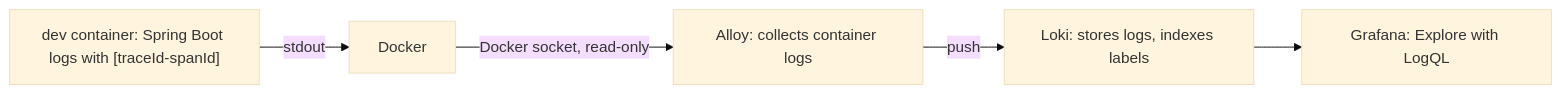
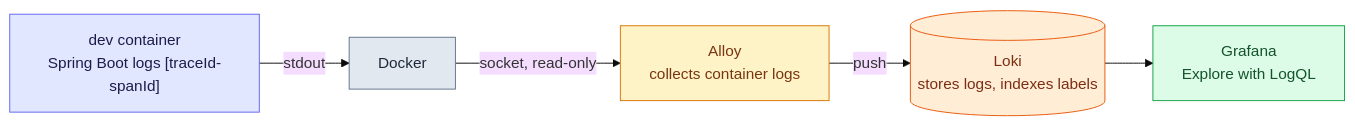
The third of 3 diagrams in content/notes/spring-boot-system-design/03-observability/overview.md (Sriram-Karthick-k/progress-tracker), drawn with Mermaid (base theme) before and after one commit. The commit also changed other lines of this file and 18 other files, not shown here.

````diff
--- a/content/notes/spring-boot-system-design/03-observability/overview.md
+++ b/content/notes/spring-boot-system-design/03-observability/overview.md
@@ -25,7 +72,12 @@
 ```mermaid
 flowchart LR
-  A["dev container: Spring Boot logs with [traceId-spanId]"] -->|stdout| B["Docker"]
-  B -->|"Docker socket, read-only"| C["Alloy: collects container logs"]
-  C -->|push| D["Loki: stores logs, indexes labels"]
-  D --> E["Grafana: Explore with LogQL"]
+  A["dev container<br/>Spring Boot logs [traceId-spanId]"]:::app -->|stdout| B["Docker"]:::infra
+  B -->|socket, read-only| C["Alloy<br/>collects container logs"]:::col
+  C -->|push| D[("Loki<br/>stores logs, indexes labels")]:::store
+  D --> E["Grafana<br/>Explore with LogQL"]:::ui
+  classDef app fill:#e0e7ff,stroke:#6366f1,color:#1e1b4b
+  classDef infra fill:#e2e8f0,stroke:#64748b,color:#1e293b
+  classDef col fill:#fef3c7,stroke:#d97706,color:#78350f
+  classDef store fill:#ffedd5,stroke:#ea580c,color:#7c2d12
+  classDef ui fill:#dcfce7,stroke:#16a34a,color:#14532d
 ```
````
